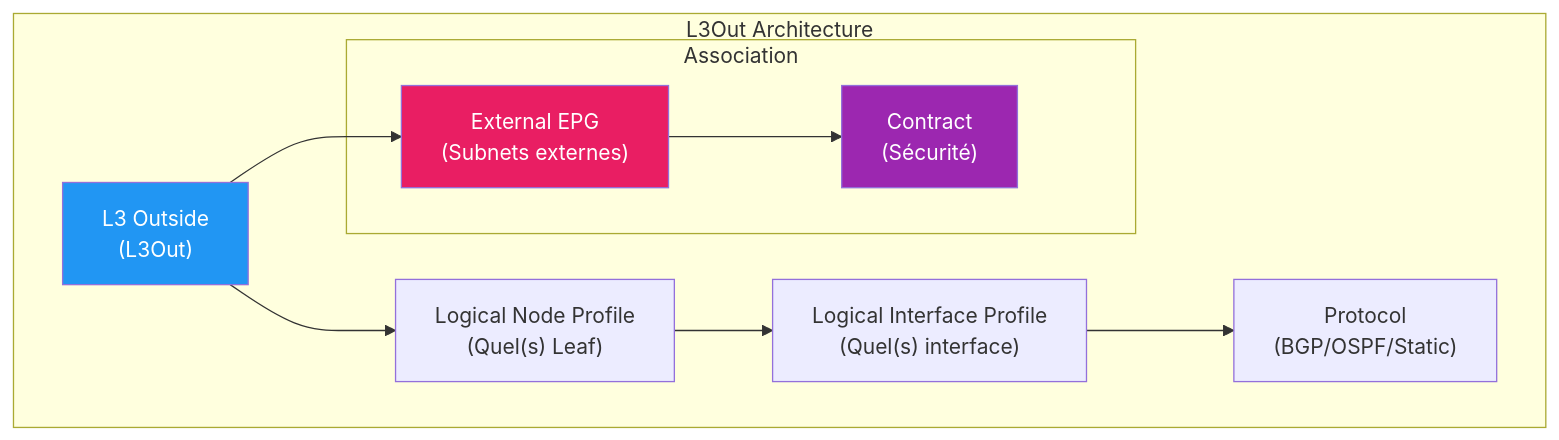
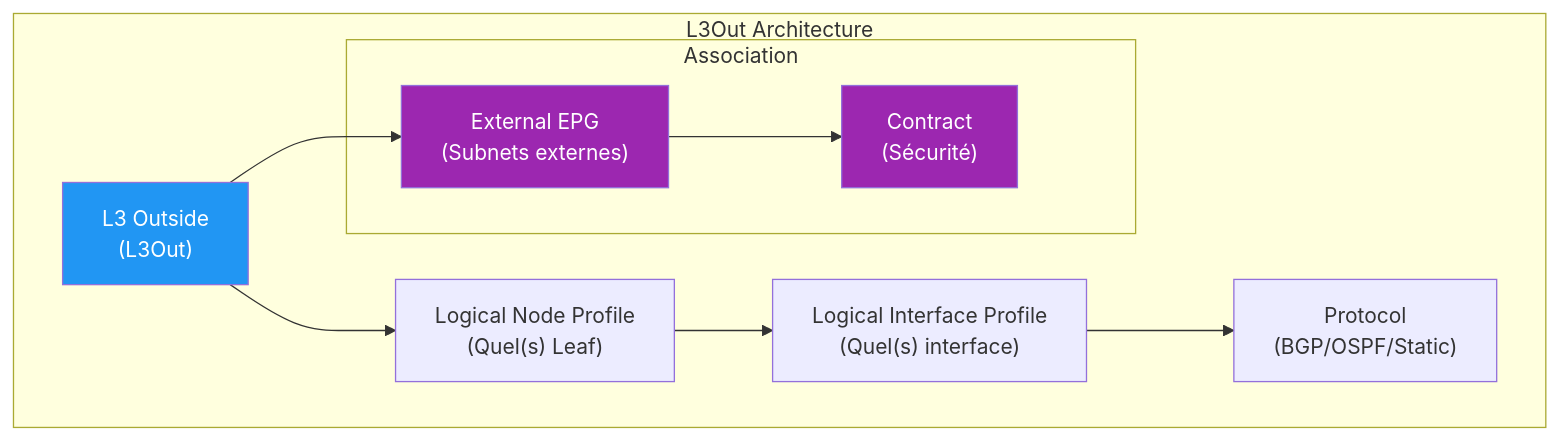
One commit to VBlackJack/ShellBook changed the second of 7 diagrams in docs/formations/terraform-aci/07-module.md. Above: the diagram before and after it, drawn with Mermaid. The commit also changed other lines of this file and 337 other files, not shown here.

First line of the commit message:
refactor(docs): Standardize code blocks and Mermaid colors

````diff
--- a/docs/formations/terraform-aci/07-module.md
+++ b/docs/formations/terraform-aci/07-module.md
@@ -84,21 +84,21 @@
 ```mermaid
 graph TB
     subgraph "L3Out Architecture"
         L3OUT["L3 Outside<br/>(L3Out)"]
 
         L3OUT --> LNP["Logical Node Profile<br/>(Quel(s) Leaf)"]
         L3OUT --> EXTEPG["External EPG<br/>(Subnets externes)"]
 
         LNP --> LIP["Logical Interface Profile<br/>(Quel(s) interface)"]
 
         LIP --> PROTO["Protocol<br/>(BGP/OSPF/Static)"]
 
         subgraph "Association"
             EXTEPG --> CONTRACT["Contract<br/>(Sécurité)"]
         end
     end
 
     style L3OUT fill:#2196f3,color:#fff
-    style EXTEPG fill:#e91e63,color:#fff
+    style EXTEPG fill:#9C27B0,color:#fff
     style CONTRACT fill:#9c27b0,color:#fff
 ```
````
